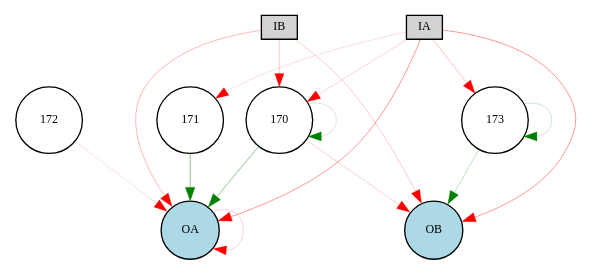
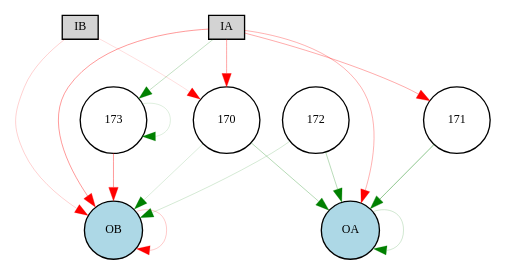
Before and after one commit to danxan/neuromorphic-evolution: the diagram in source/discrete_experiment/Digraph.gv, drawn with Graphviz. The commit also changed 6 other files, not shown here.

```diff
--- a/source/discrete_experiment/Digraph.gv
+++ b/source/discrete_experiment/Digraph.gv
@@ -1,27 +1,27 @@
 digraph {
 	node [fontsize=9 height=0.2 shape=circle width=0.2]
 	IA [fillcolor=lightgray shape=box style=filled]
 	IB [fillcolor=lightgray shape=box style=filled]
 	OA [fillcolor=lightblue style=filled]
 	OB [fillcolor=lightblue style=filled]
 	170 [fillcolor=white style=filled]
 	171 [fillcolor=white style=filled]
 	172 [fillcolor=white style=filled]
 	173 [fillcolor=white style=filled]
-	OA -> OA [color=red penwidth=0.13604816006114523 style=solid]
-	173 -> 173 [color=green penwidth=0.15176510272730578 style=solid]
-	IA -> OB [color=red penwidth=0.31072127348292045 style=solid]
-	IA -> 170 [color=red penwidth=0.12819746416507888 style=solid]
-	170 -> OA [color=green penwidth=0.34197662164938203 style=solid]
-	IB -> OA [color=red penwidth=0.2192267394407932 style=solid]
-	171 -> OA [color=green penwidth=0.3608436678742457 style=solid]
-	IB -> OB [color=red penwidth=0.15920687340733536 style=solid]
-	170 -> 170 [color=green penwidth=0.1323335592497183 style=solid]
-	173 -> OB [color=green penwidth=0.19317573112158687 style=solid]
-	172 -> OA [color=red penwidth=0.1 style=solid]
-	IA -> OA [color=red penwidth=0.31298511141349106 style=solid]
-	IA -> 171 [color=red penwidth=0.1 style=solid]
-	IA -> 173 [color=red penwidth=0.18869989605755738 style=solid]
-	170 -> OB [color=red penwidth=0.13619197042138276 style=solid]
-	IB -> 170 [color=red penwidth=0.15918643673573651 style=solid]
+	OA -> OA [color=green penwidth=0.13594834192686148 style=solid]
+	173 -> 173 [color=green penwidth=0.10444070782762084 style=solid]
+	IA -> 173 [color=green penwidth=0.1817881869884793 style=solid]
+	IB -> OB [color=red penwidth=0.13688689619666777 style=solid]
+	IA -> 170 [color=red penwidth=0.26652480789217253 style=solid]
+	170 -> OA [color=green penwidth=0.22359439588776114 style=solid]
+	171 -> OA [color=green penwidth=0.3361208335127804 style=solid]
+	IA -> 171 [color=red penwidth=0.25304644837327495 style=solid]
+	IA -> OB [color=red penwidth=0.30294100406302304 style=solid]
+	172 -> OB [color=green penwidth=0.13352349415548767 style=solid]
+	173 -> OB [color=red penwidth=0.29696871194154006 style=solid]
+	172 -> OA [color=green penwidth=0.21199342801047044 style=solid]
+	IA -> OA [color=red penwidth=0.23427329181401058 style=solid]
+	170 -> OB [color=green penwidth=0.1091353415838929 style=solid]
+	OB -> OB [color=red penwidth=0.15962974578937805 style=solid]
+	IB -> 170 [color=red penwidth=0.1 style=solid]
 }
```
